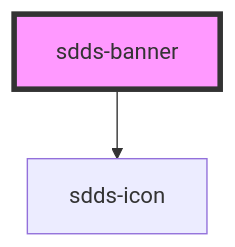
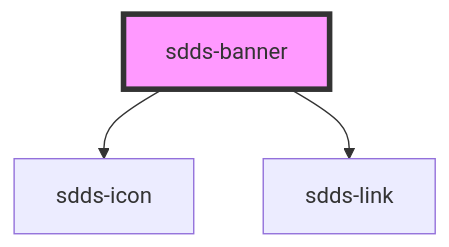
The diagram in tegel/src/components/banner/readme.md (scania-digital-design-system/sdds), drawn with Mermaid before and after one commit. The commit also changed other lines of this file and 5 other files, not shown here.

Commit message:
feat(sdds-banner): used sdds-link in component

````diff
--- a/tegel/src/components/banner/readme.md
+++ b/tegel/src/components/banner/readme.md
@@ -64,5 +65,6 @@
 ```mermaid
 graph TD;
   sdds-banner --> sdds-icon
+  sdds-banner --> sdds-link
   style sdds-banner fill:#f9f,stroke:#333,stroke-width:4px
 ```
````
